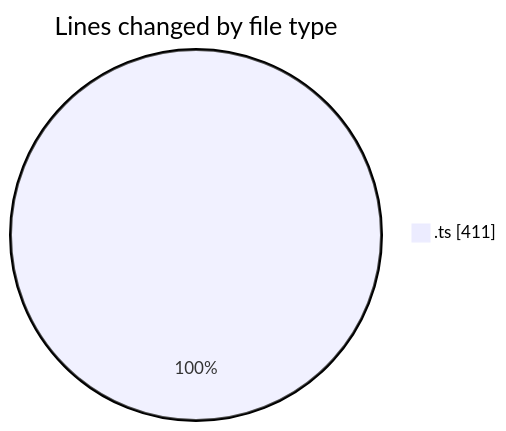
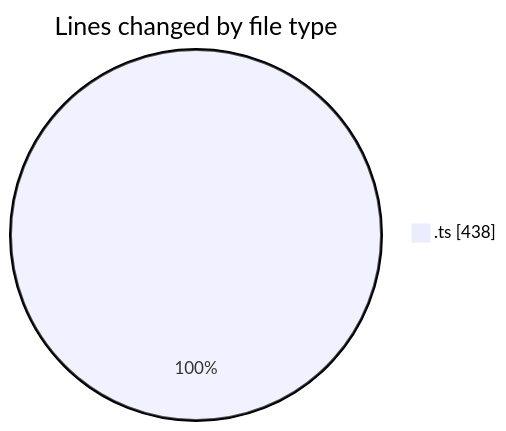
One commit to yexinjia/code-tracking changed the first of 2 diagrams in 2026-07-19/repo-copilot/README.md. Above: the diagram before and after it, drawn with Mermaid. The commit also changed other lines of this file and 1 other file, not shown here.

````diff
--- a/2026-07-19/repo-copilot/README.md
+++ b/2026-07-19/repo-copilot/README.md
@@ -20,5 +20,5 @@
 ```mermaid
 pie showData
 title Lines changed by file type
-".ts" : 411
+".ts" : 438
 ```
````
